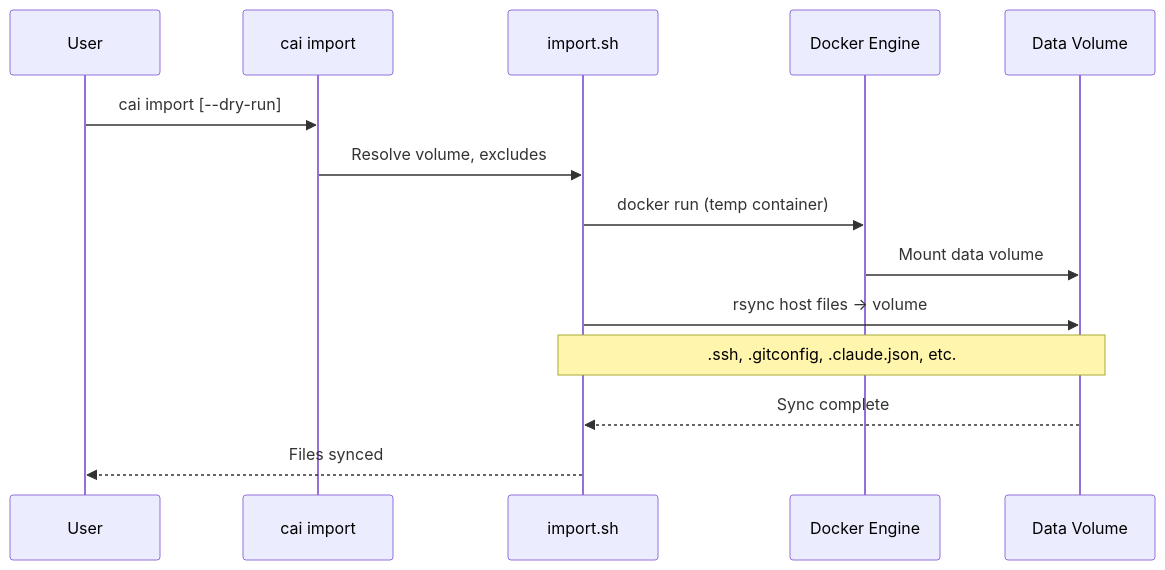
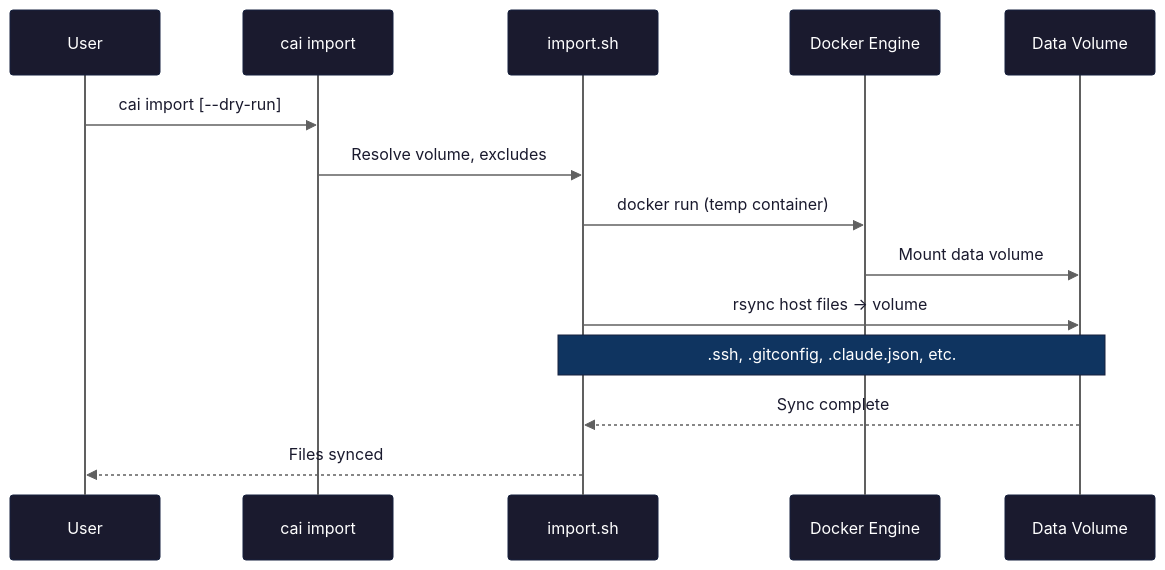
The sixth of 8 diagrams in docs/architecture.md (novotnyllc/ContainAI), drawn with Mermaid before and after one commit. The commit also changed other lines of this file and 45 other files, not shown here.

````diff
--- a/docs/architecture.md
+++ b/docs/architecture.md
@@ -230,17 +294,36 @@
 ```mermaid
+%%{init: {'theme': 'base', 'themeVariables': {
+  'background': '#f5f5f5',
+  'actorBkg': '#1a1a2e',
+  'actorTextColor': '#ffffff',
+  'actorBorder': '#16213e',
+  'actorLineColor': '#606060',
+  'signalColor': '#606060',
+  'signalTextColor': '#1a1a2e',
+  'labelBoxBkgColor': '#0f3460',
+  'labelBoxBorderColor': '#16213e',
+  'labelTextColor': '#ffffff',
+  'loopTextColor': '#1a1a2e',
+  'noteBkgColor': '#0f3460',
+  'noteTextColor': '#ffffff',
+  'noteBorderColor': '#16213e',
+  'activationBkgColor': '#16213e',
+  'activationBorderColor': '#0f3460',
+  'sequenceNumberColor': '#1a1a2e'
+}}}%%
 sequenceDiagram
     participant User
     participant CLI as cai import
     participant Import as import.sh
     participant Docker as Docker Engine
     participant Volume as Data Volume
 
     User->>CLI: cai import [--dry-run]
     CLI->>Import: Resolve volume, excludes
     Import->>Docker: docker run (temp container)
     Docker->>Volume: Mount data volume
     Import->>Volume: rsync host files -> volume
     Note over Import,Volume: .ssh, .gitconfig, .claude.json, etc.
     Volume-->>Import: Sync complete
     Import-->>User: Files synced
 ```
````
